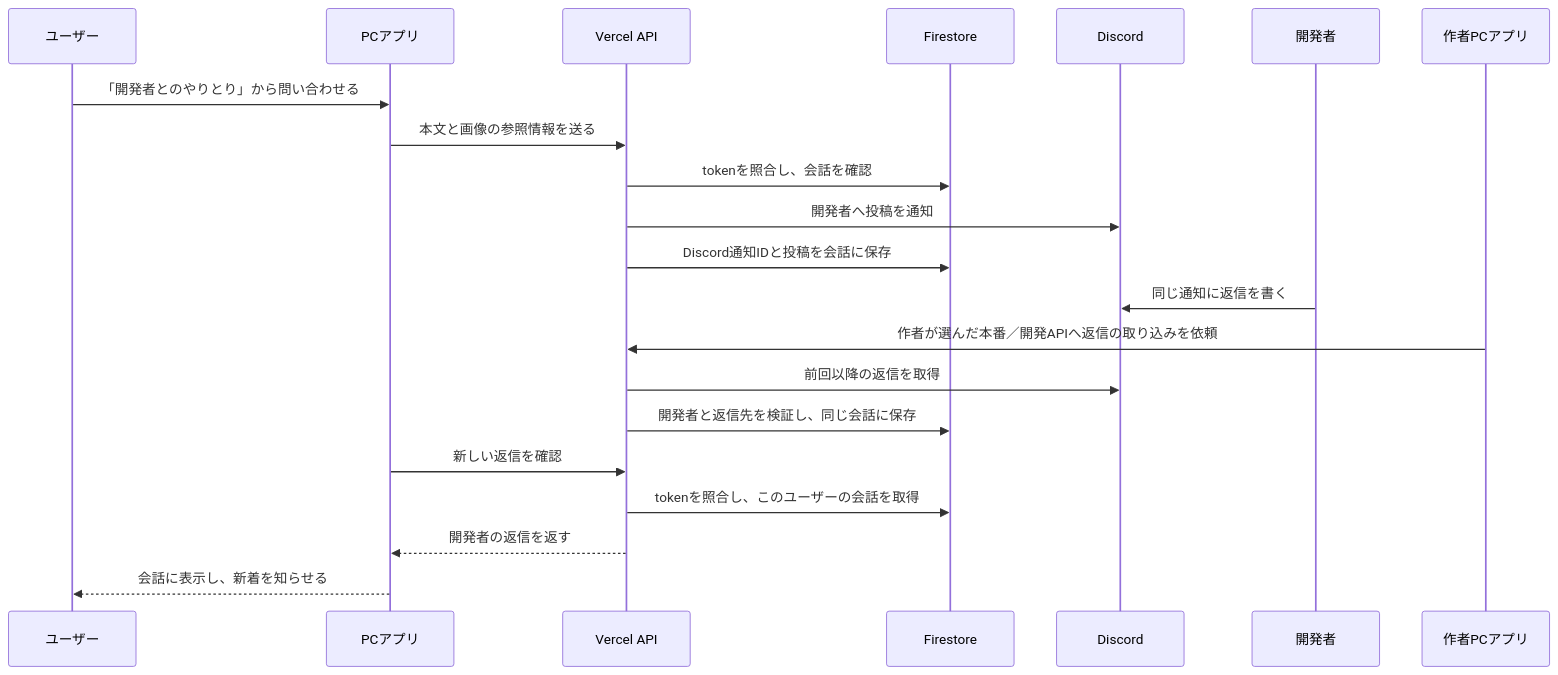
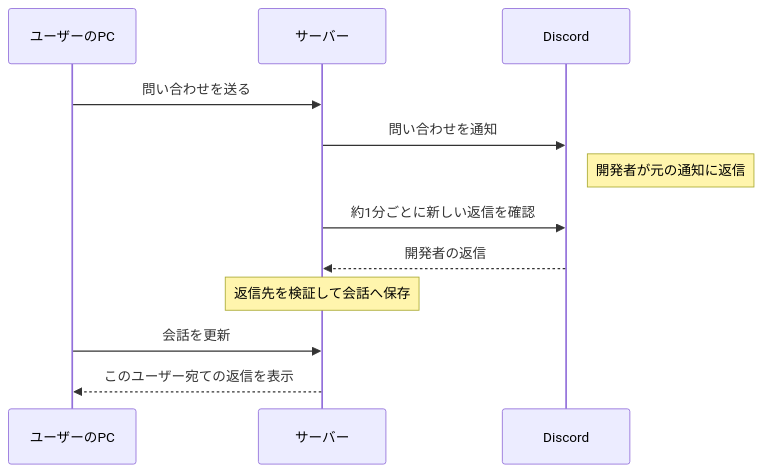
One commit to ore-no-fusen/ore-no-fusen changed the second of 4 diagrams in docs-v2/007_COMMUNICATION.md. Above: the diagram before and after it, drawn with Mermaid. The commit also changed other lines of this file and 8 other files, not shown here.

Commit message:
feat: prepare server-owned Discord reply ingestion and simplify sequences

````diff
--- a/docs-v2/007_COMMUNICATION.md
+++ b/docs-v2/007_COMMUNICATION.md
@@ -223,24 +214,15 @@
 ```mermaid
 sequenceDiagram
-    participant User as ユーザー
-    participant PC as PCアプリ
-    participant API as Vercel API
-    participant DB as Firestore
+    participant PC as ユーザーのPC
+    participant Server as サーバー
     participant Discord as Discord
-    participant Dev as 開発者
-    participant AuthorPC as 作者PCアプリ
 
-    User->>PC: 「開発者とのやりとり」から問い合わせる
-    PC->>API: 本文と画像の参照情報を送る
-    API->>DB: tokenを照合し、会話を確認
-    API->>Discord: 開発者へ投稿を通知
-    API->>DB: Discord通知IDと投稿を会話に保存
-    Dev->>Discord: 同じ通知に返信を書く
-    AuthorPC->>API: 作者が選んだ本番／開発APIへ返信の取り込みを依頼
-    API->>Discord: 前回以降の返信を取得
-    API->>DB: 開発者と返信先を検証し、同じ会話に保存
-    PC->>API: 新しい返信を確認
-    API->>DB: tokenを照合し、このユーザーの会話を取得
-    API-->>PC: 開発者の返信を返す
-    PC-->>User: 会話に表示し、新着を知らせる
+    PC->>Server: 問い合わせを送る
+    Server->>Discord: 問い合わせを通知
+    Note right of Discord: 開発者が元の通知に返信
+    Server->>Discord: 約1分ごとに新しい返信を確認
+    Discord-->>Server: 開発者の返信
+    Note over Server: 返信先を検証して会話へ保存
+    PC->>Server: 会話を更新
+    Server-->>PC: このユーザー宛ての返信を表示
 ```
````
